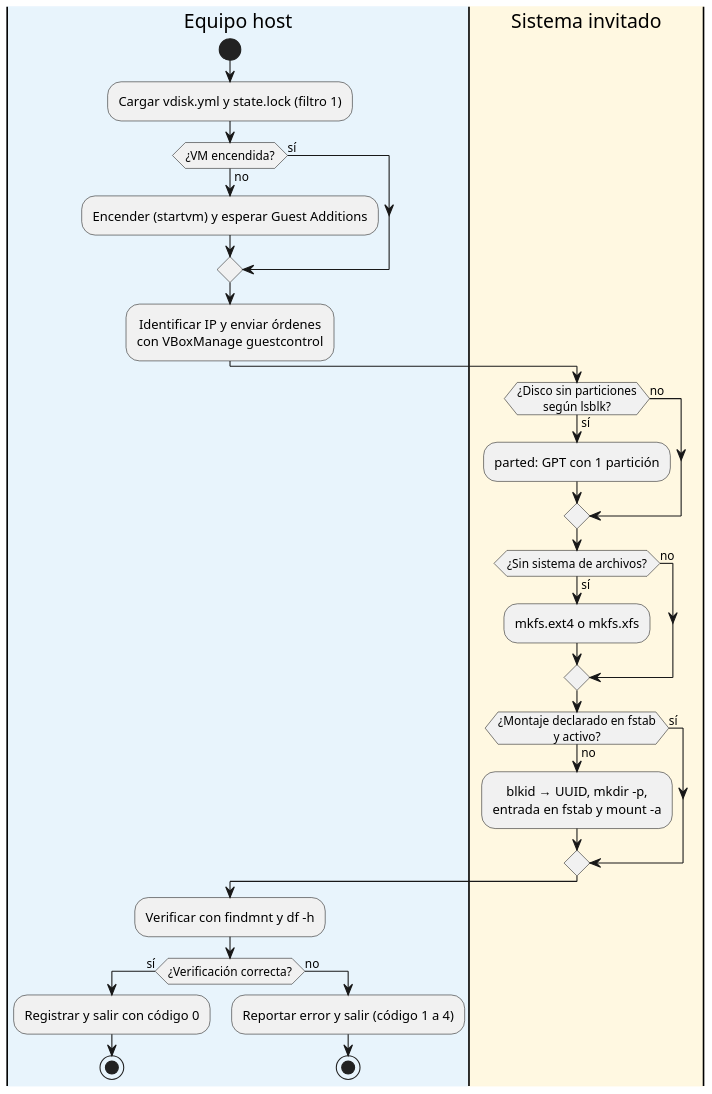
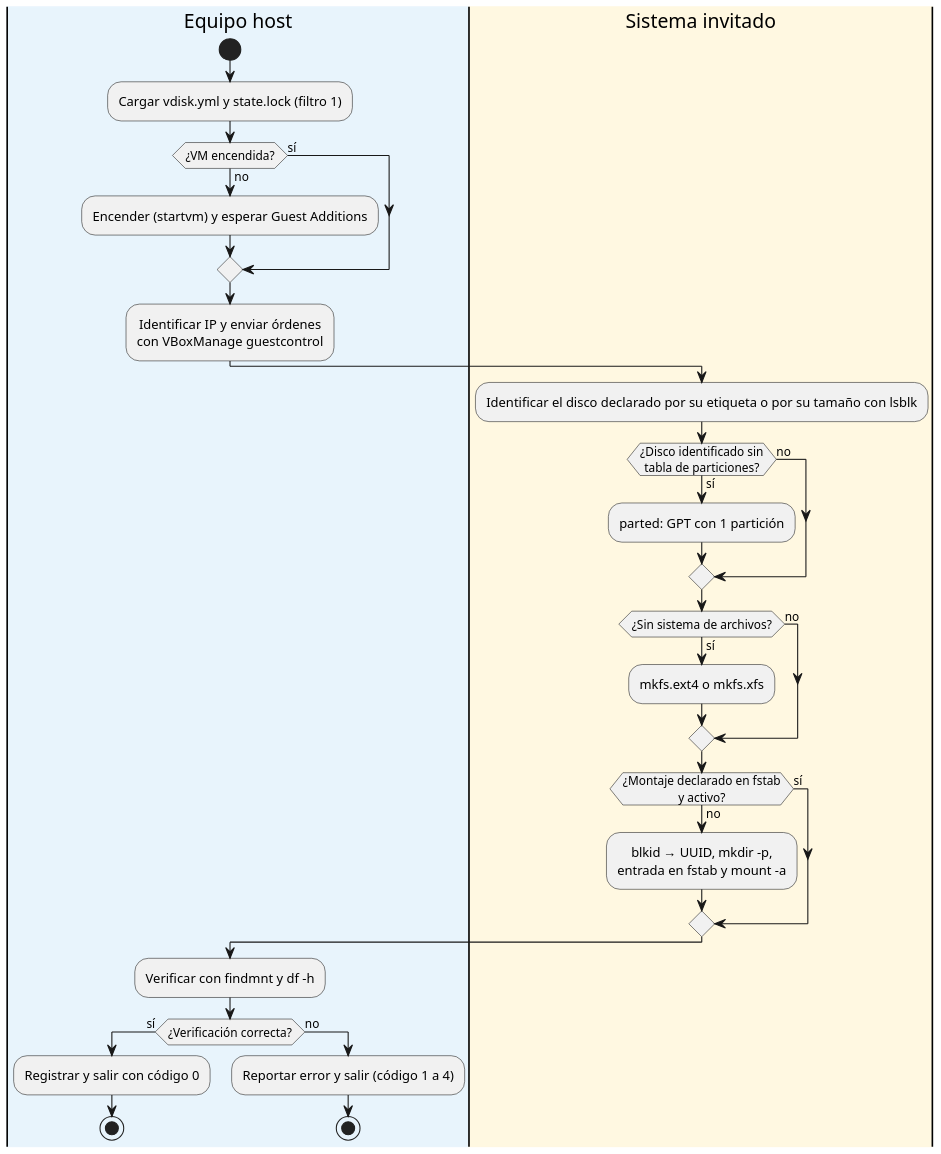
Before and after one commit to spalax-dev/vbox-disk-automation: the diagram in documento/images/algoritmo.puml, drawn with PlantUML. The commit also changed 43 other files, not shown here.

```diff
--- a/documento/images/algoritmo.puml
+++ b/documento/images/algoritmo.puml
@@ -1,42 +1,43 @@
 @startuml algoritmo
 
 skinparam defaultFontName "Arimo"
 skinparam dpi 150
 skinparam nodesep 26
 skinparam ranksep 22
 skinparam defaultTextAlignment center
 
 |#E8F4FC|Equipo host|
 start
 :Cargar vdisk.yml y state.lock (filtro 1);
 if (¿VM encendida?) then (no)
   :Encender (startvm) y esperar Guest Additions;
 else (sí)
 endif
 :Identificar IP y enviar órdenes\ncon VBoxManage guestcontrol;
 
 |#FFF8E1|Sistema invitado|
-if (¿Disco sin particiones\nsegún lsblk?) then (sí)
+:Identificar el disco declarado por su etiqueta o por su tamaño con lsblk;
+if (¿Disco identificado sin\ntabla de particiones?) then (sí)
   :parted: GPT con 1 partición;
 else (no)
 endif
 if (¿Sin sistema de archivos?) then (sí)
   :mkfs.ext4 o mkfs.xfs;
 else (no)
 endif
 if (¿Montaje declarado en fstab\ny activo?) then (no)
   :blkid → UUID, mkdir -p,\nentrada en fstab y mount -a;
 else (sí)
 endif
 
 |#E8F4FC|Equipo host|
 :Verificar con findmnt y df -h;
 if (¿Verificación correcta?) then (sí)
   :Registrar y salir con código 0;
   stop
 else (no)
   :Reportar error y salir (código 1 a 4);
   stop
 endif
 
 @enduml
```
